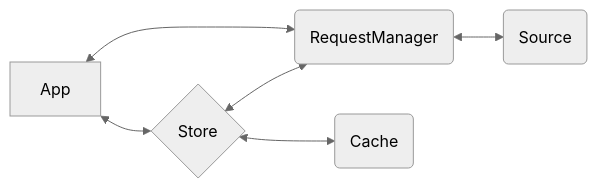
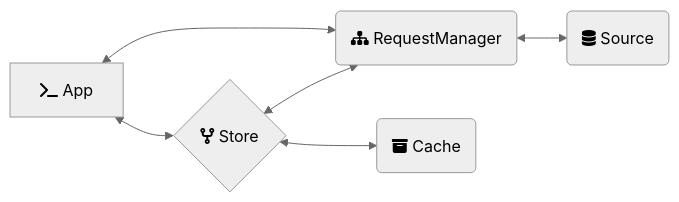
The third of 3 diagrams in packages/request/README.md (emberjs/data), drawn with Mermaid (neutral theme) before and after one commit. The commit also changed other lines of this file, not shown here.

````diff
--- a/packages/request/README.md
+++ b/packages/request/README.md
@@ -74,8 +75,8 @@
 ```mermaid
 flowchart LR
-    A[App] <--> B(RequestManager)
-    B <--> C(Source)
-    A <--> D{Store}
-    D <--> E(Cache)
+    A[fa:fa-terminal App] <--> B(fa:fa-sitemap RequestManager)
+    B <--> C(fa:fa-database Source)
+    A <--> D{fa:fa-code-fork Store}
+    D <--> E(fa:fa-archive Cache)
     D <--> B
 ```
````
